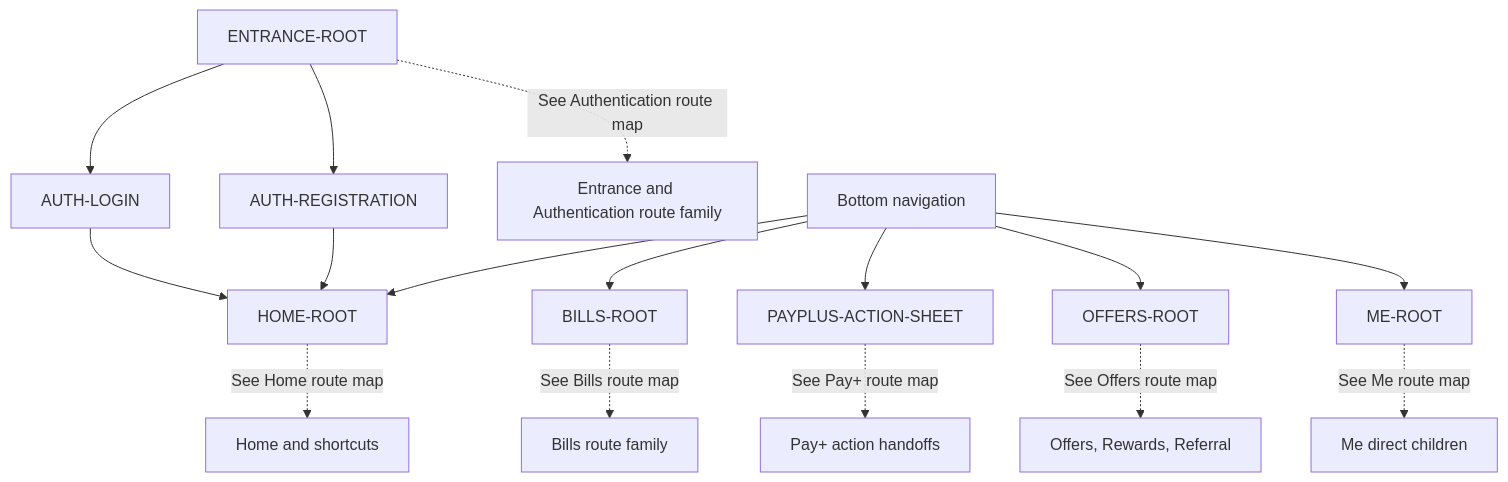
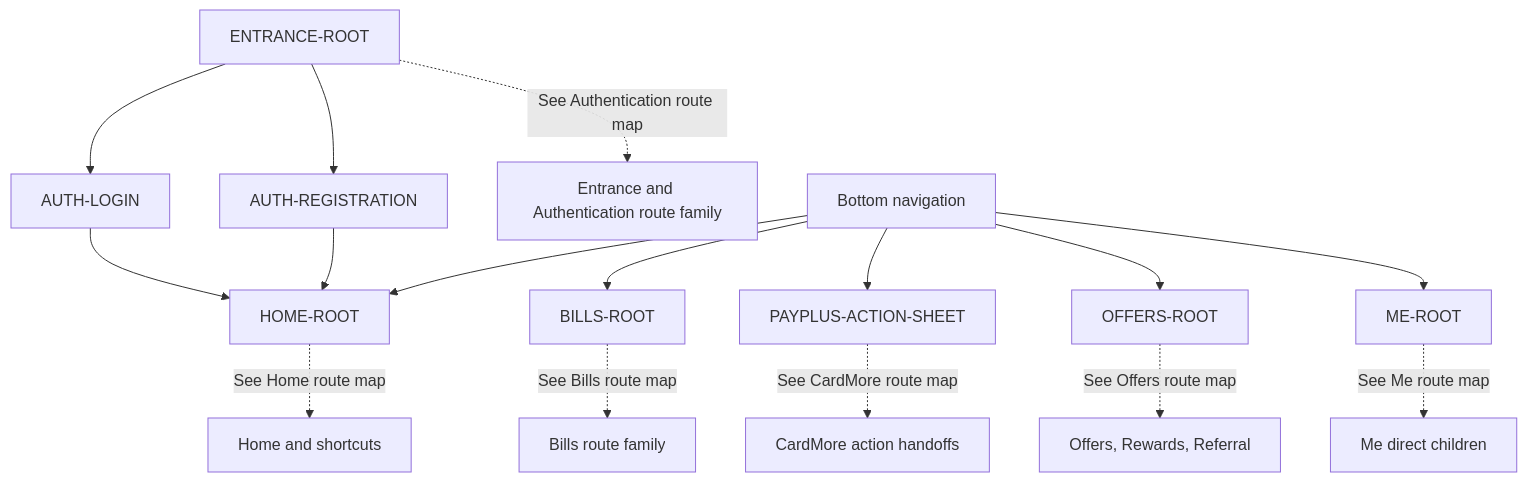
The diagram in docs/diagrams/routes/payplus-app-route-map.md (adminpayplus/payplus-docs), drawn with Mermaid before and after one commit. The commit also changed other lines of this file and 66 other files, not shown here.

Commit message:
docs: adopt CardMore naming and align documentation principles

````diff
--- a/docs/diagrams/routes/payplus-app-route-map.md
+++ b/docs/diagrams/routes/payplus-app-route-map.md
@@ -10,20 +11,20 @@
 ```mermaid
 flowchart TD
   ENTRANCE["ENTRANCE-ROOT"] --> LOGIN["AUTH-LOGIN"]
   ENTRANCE --> REGISTER["AUTH-REGISTRATION"]
   LOGIN --> HOME["HOME-ROOT"]
   REGISTER --> HOME
   ENTRANCE -. "See Authentication route map" .-> AUTHFAMILY["Entrance and Authentication route family"]
 
   NAV["Bottom navigation"] --> HOME
   NAV --> BILLS["BILLS-ROOT"]
   NAV --> PAYPLUS["PAYPLUS-ACTION-SHEET"]
   NAV --> OFFERS["OFFERS-ROOT"]
   NAV --> ME["ME-ROOT"]
 
   HOME -. "See Home route map" .-> HOMEFAMILY["Home and shortcuts"]
   BILLS -. "See Bills route map" .-> BILLSFAMILY["Bills route family"]
-  PAYPLUS -. "See Pay+ route map" .-> PAYPLUSHANDOFFS["Pay+ action handoffs"]
+  PAYPLUS -. "See CardMore route map" .-> PAYPLUSHANDOFFS["CardMore action handoffs"]
   OFFERS -. "See Offers route map" .-> OFFERSFAMILY["Offers, Rewards, Referral"]
   ME -. "See Me route map" .-> MEFAMILY["Me direct children"]
 ```
````
